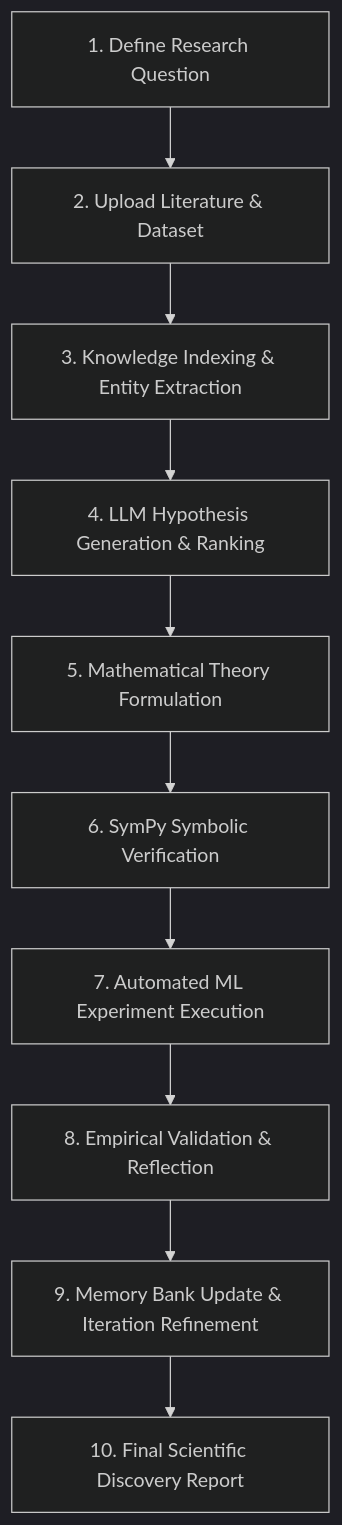
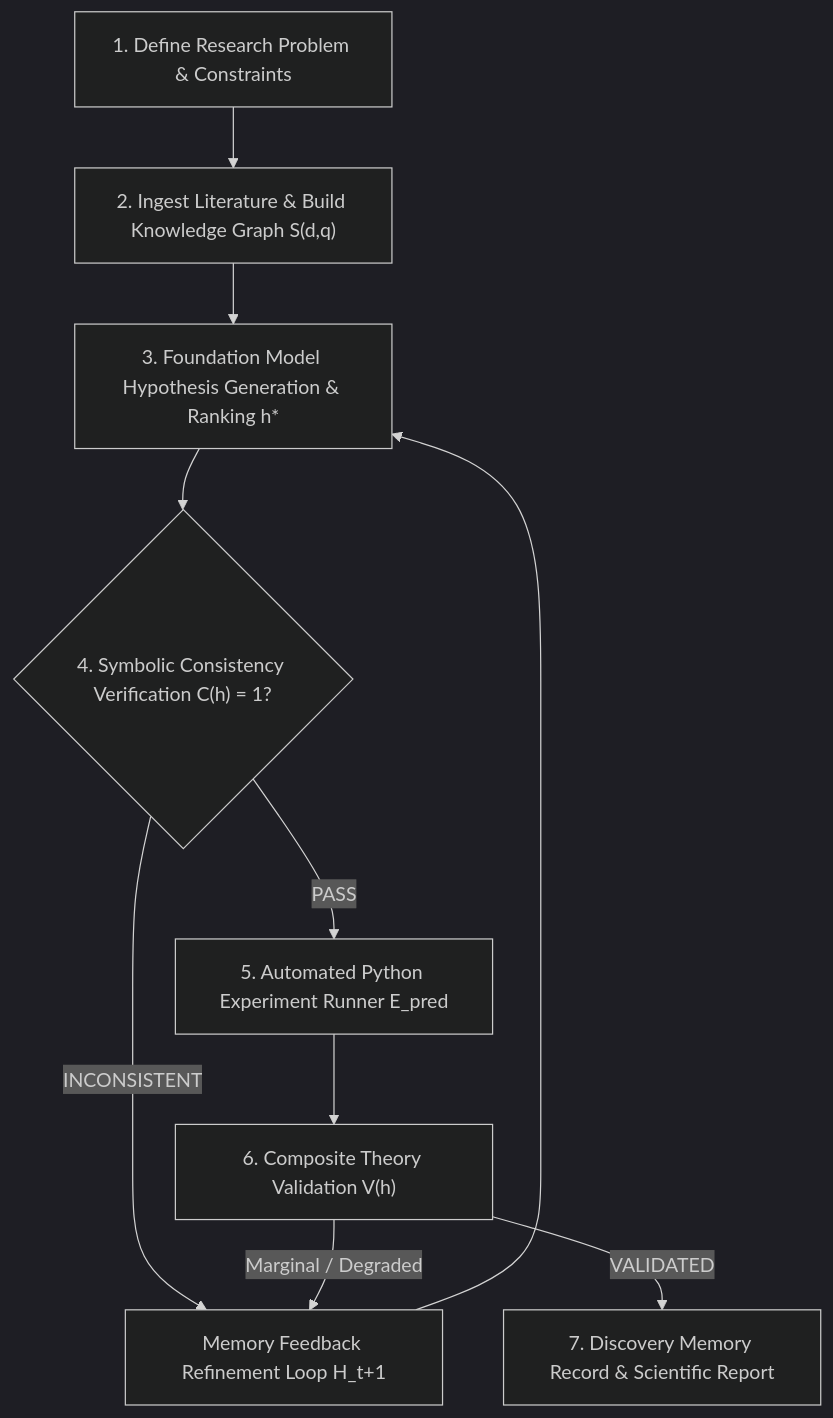
The diagram in USER_GUIDE.md (Yogeshknaik/AutonomousTheoryDiscovery), drawn with Mermaid (dark theme) before and after one commit. The commit also changed other lines of this file and 28 other files, not shown here.

````diff
--- a/USER_GUIDE.md
+++ b/USER_GUIDE.md
@@ -11,12 +11,12 @@
 ```mermaid
 graph TD
-    A["1. Define Research Question"] --> B["2. Upload Literature & Dataset"]
-    B --> C["3. Knowledge Indexing & Entity Extraction"]
-    C --> D["4. LLM Hypothesis Generation & Ranking"]
-    D --> E["5. Mathematical Theory Formulation"]
-    E --> F["6. SymPy Symbolic Verification"]
-    F --> G["7. Automated ML Experiment Execution"]
-    G --> H["8. Empirical Validation & Reflection"]
-    H --> I["9. Memory Bank Update & Iteration Refinement"]
-    I --> J["10. Final Scientific Discovery Report"]
+    A["1. Define Research Problem & Constraints"] --> B["2. Ingest Literature & Build Knowledge Graph S(d,q)"]
+    B --> C["3. Foundation Model Hypothesis Generation & Ranking h*"]
+    C --> D{"4. Symbolic Consistency Verification C(h) = 1?"}
+    D -- "PASS" --> E["5. Automated Python Experiment Runner E_pred"]
+    D -- "INCONSISTENT" --> H["Memory Feedback Refinement Loop H_t+1"]
+    E --> F["6. Composite Theory Validation V(h)"]
+    F -- "Marginal / Degraded" --> H
+    H --> C
+    F -- "VALIDATED" --> G["7. Discovery Memory Record & Scientific Report"]
 ```
````
